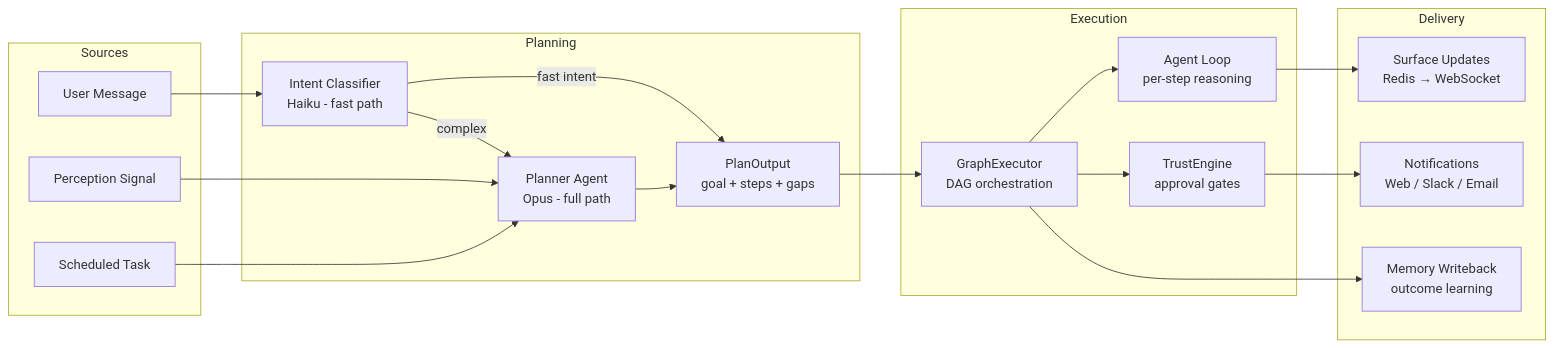
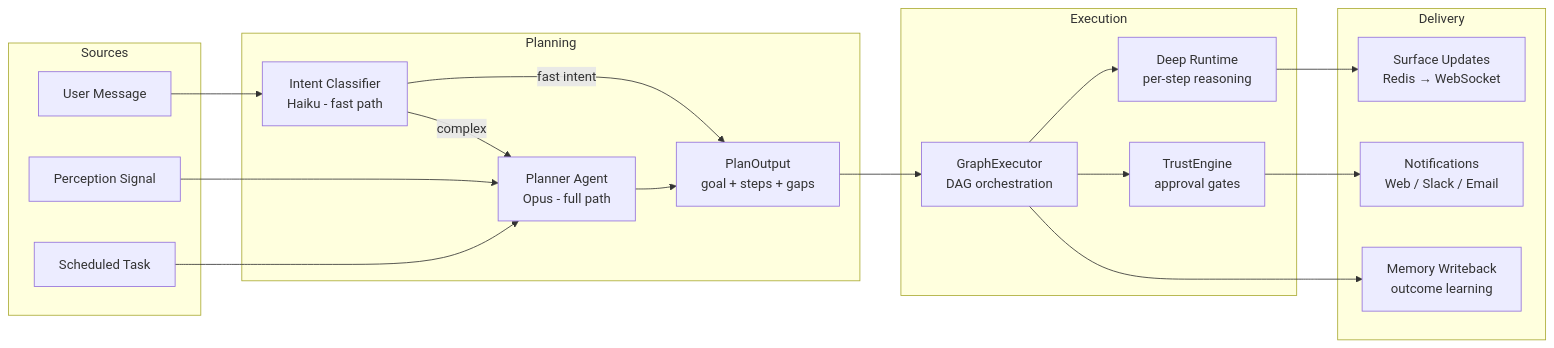
Before and after one commit to shivadharmi/muldro: the first of 17 diagrams in docs/architecture/plan-execution-deep-dive.md, drawn with Mermaid. The commit also changed other lines of this file and 14 other files, not shown here.

First line of the commit message:
docs: sync durable architecture docs with post-rebuild code

````diff
--- a/docs/architecture/plan-execution-deep-dive.md
+++ b/docs/architecture/plan-execution-deep-dive.md
@@ -30,39 +30,39 @@
 ```mermaid
 flowchart LR
     subgraph Sources
         A[User Message]
         B[Perception Signal]
         C[Scheduled Task]
     end
 
     subgraph Planning
         D[Intent Classifier<br/>Haiku - fast path]
         E[Planner Agent<br/>Opus - full path]
         F[PlanOutput<br/>goal + steps + gaps]
     end
 
     subgraph Execution
         G[GraphExecutor<br/>DAG orchestration]
-        H[Agent Loop<br/>per-step reasoning]
+        H[Deep Runtime<br/>per-step reasoning]
         I[TrustEngine<br/>approval gates]
     end
 
     subgraph Delivery
         J[Surface Updates<br/>Redis → WebSocket]
         K[Notifications<br/>Web / Slack / Email]
         L[Memory Writeback<br/>outcome learning]
     end
 
     A --> D
     B --> E
     C --> E
     D -->|fast intent| F
     D -->|complex| E
     E --> F
     F --> G
     G --> H
     G --> I
     H --> J
     I --> K
     G --> L
 ```
````
